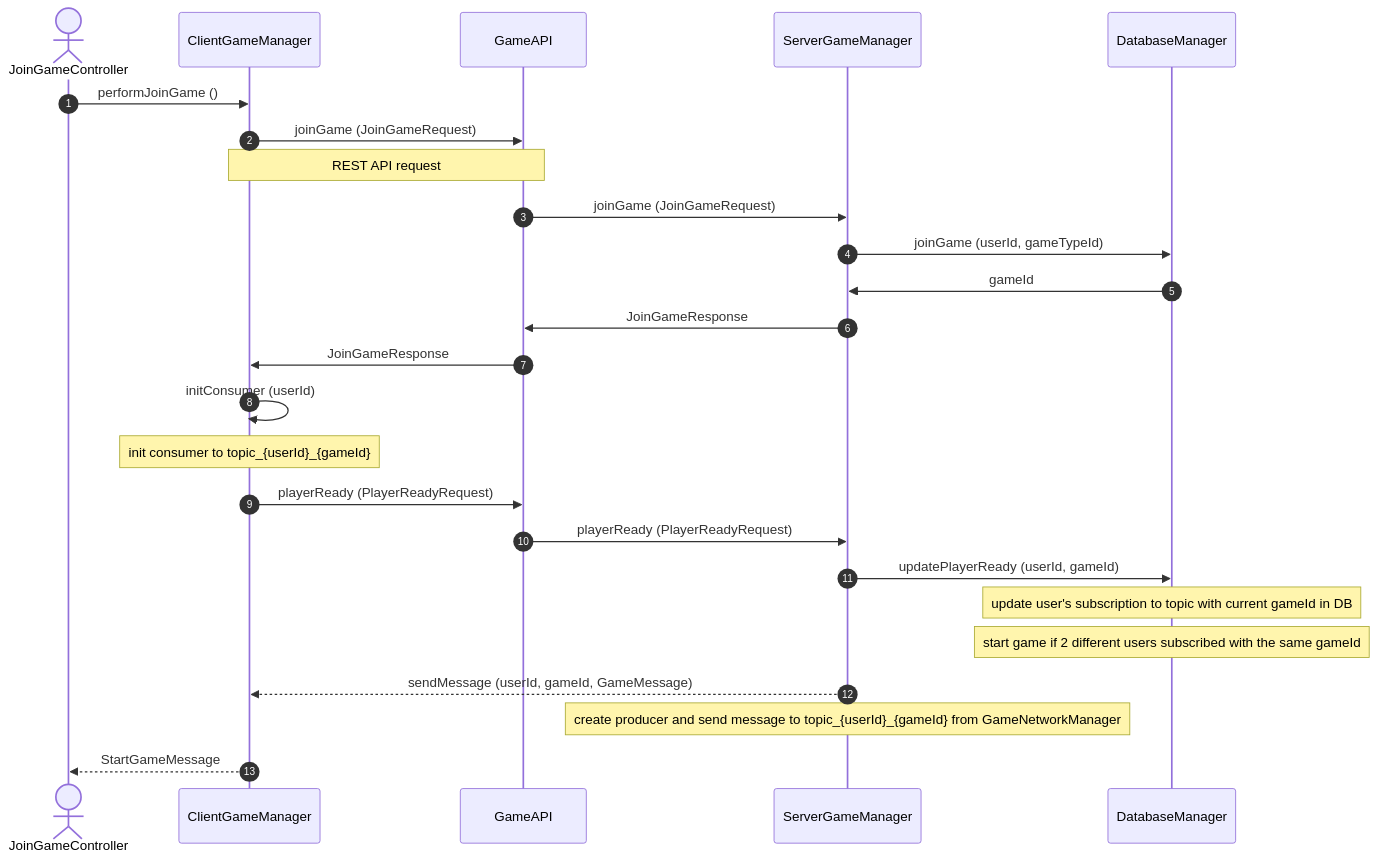
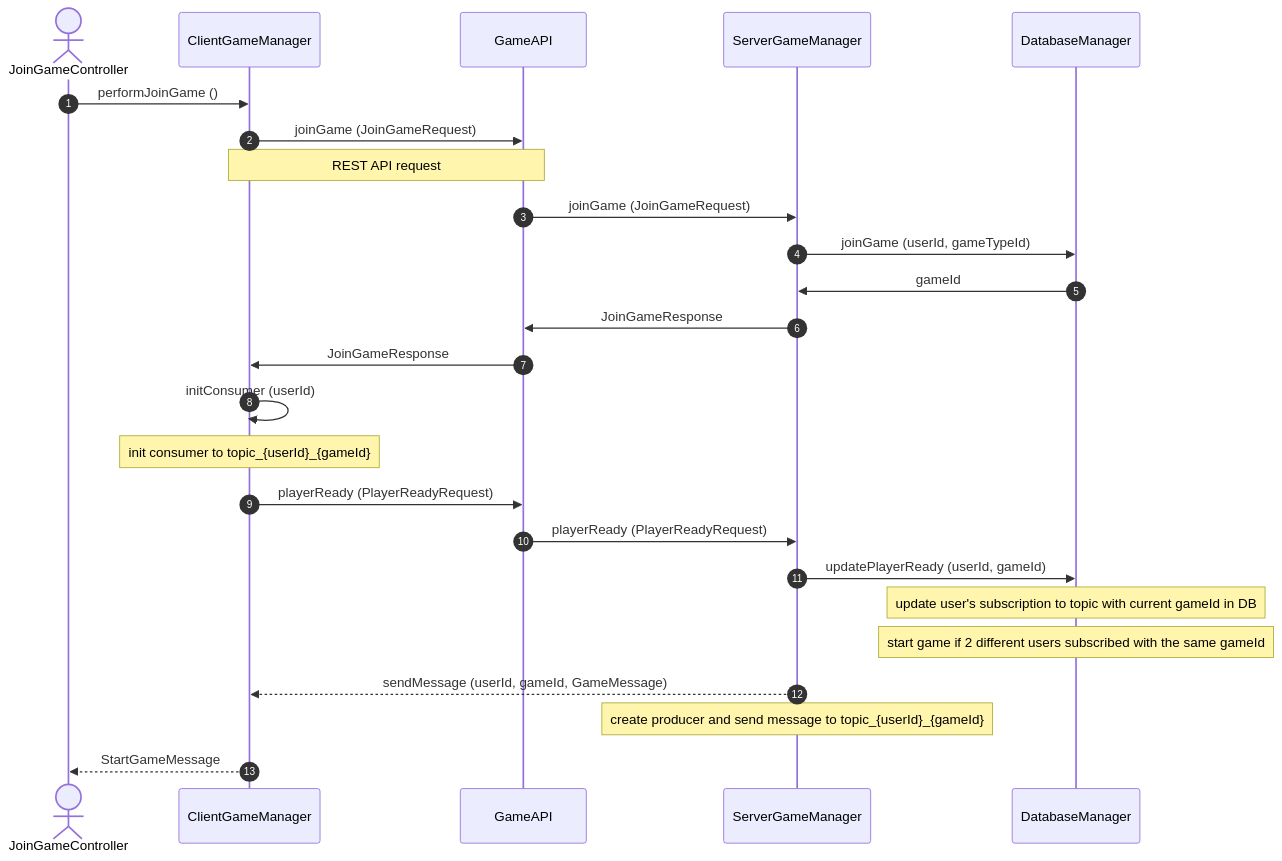
The diagram in README.md (alice-ruv/board-games), drawn with Mermaid before and after one commit. The commit also changed other lines of this file, not shown here.

````diff
--- a/README.md
+++ b/README.md
@@ -120,23 +120,23 @@
 ```mermaid 
 sequenceDiagram
 autonumber
 actor JoinGameController
 JoinGameController ->> ClientGameManager: performJoinGame ()
 ClientGameManager ->> GameAPI: joinGame (JoinGameRequest)
 note over ClientGameManager, GameAPI: REST API request
 GameAPI ->> ServerGameManager: joinGame (JoinGameRequest)
 ServerGameManager ->> DatabaseManager: joinGame (userId, gameTypeId)
 DatabaseManager ->> ServerGameManager: gameId
 ServerGameManager ->> GameAPI: JoinGameResponse
 GameAPI ->> ClientGameManager: JoinGameResponse
 ClientGameManager ->> ClientGameManager: initConsumer (userId) 
 note over ClientGameManager: init consumer to topic_{userId}_{gameId}
 ClientGameManager ->> GameAPI: playerReady (PlayerReadyRequest)
 GameAPI ->> ServerGameManager: playerReady (PlayerReadyRequest)
 ServerGameManager ->> DatabaseManager: updatePlayerReady (userId, gameId)
 note over DatabaseManager: update user's subscription to topic with current gameId in DB
 note over DatabaseManager: start game if 2 different users subscribed with the same gameId
 ServerGameManager -->> ClientGameManager: sendMessage (userId, gameId, GameMessage)
-note over ServerGameManager: create producer and send message to topic_{userId}_{gameId} from GameNetworkManager
+note over ServerGameManager: create producer and send message to topic_{userId}_{gameId} 
 ClientGameManager -->> JoinGameController: StartGameMessage
 ```
````
